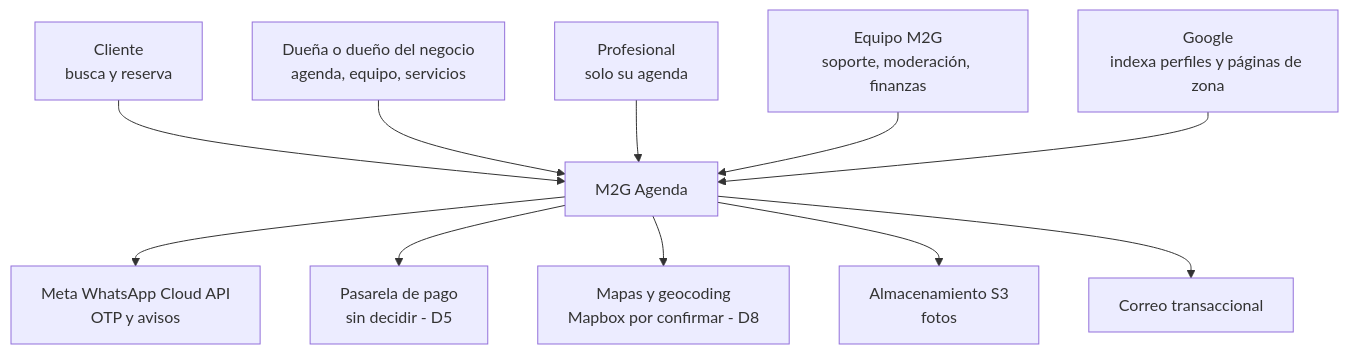
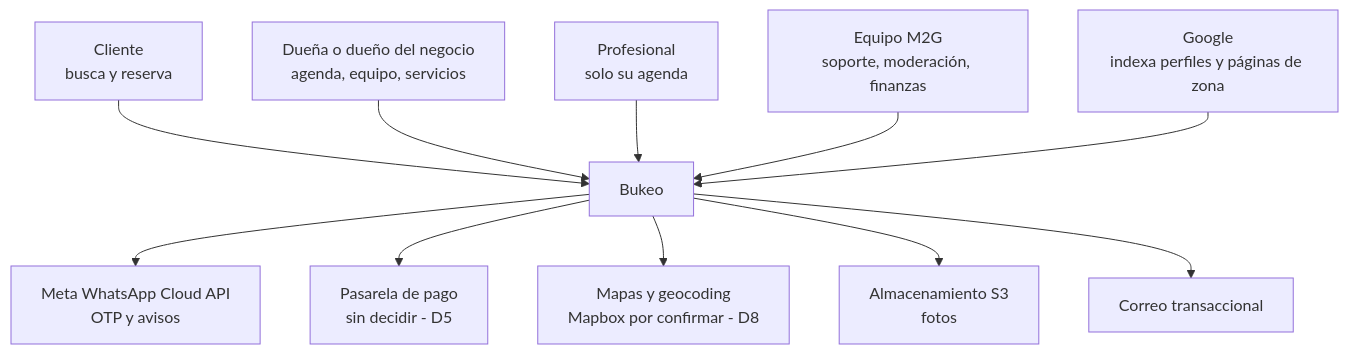
The first of 5 diagrams in docs/arquitectura/fase-4-diagramas-sistema.md (Move2Growth/m2g-bookings), drawn with Mermaid before and after one commit. The commit also changed 33 other files, not shown here.

````diff
--- a/docs/arquitectura/fase-4-diagramas-sistema.md
+++ b/docs/arquitectura/fase-4-diagramas-sistema.md
@@ -14,28 +14,28 @@
 ```mermaid
 flowchart TB
     cliente["Cliente<br/>busca y reserva"]
     duena["Dueña o dueño del negocio<br/>agenda, equipo, servicios"]
     profesional["Profesional<br/>solo su agenda"]
     equipo["Equipo M2G<br/>soporte, moderación, finanzas"]
     google["Google<br/>indexa perfiles y páginas de zona"]
 
-    sistema["M2G Agenda"]
+    sistema["Bukeo"]
 
     whatsapp["Meta WhatsApp Cloud API<br/>OTP y avisos"]
     pasarela["Pasarela de pago<br/>sin decidir - D5"]
     mapas["Mapas y geocoding<br/>Mapbox por confirmar - D8"]
     almacen["Almacenamiento S3<br/>fotos"]
     correo["Correo transaccional"]
 
     cliente --> sistema
     duena --> sistema
     profesional --> sistema
     equipo --> sistema
     google --> sistema
 
     sistema --> whatsapp
     sistema --> pasarela
     sistema --> mapas
     sistema --> almacen
     sistema --> correo
 ```
````
